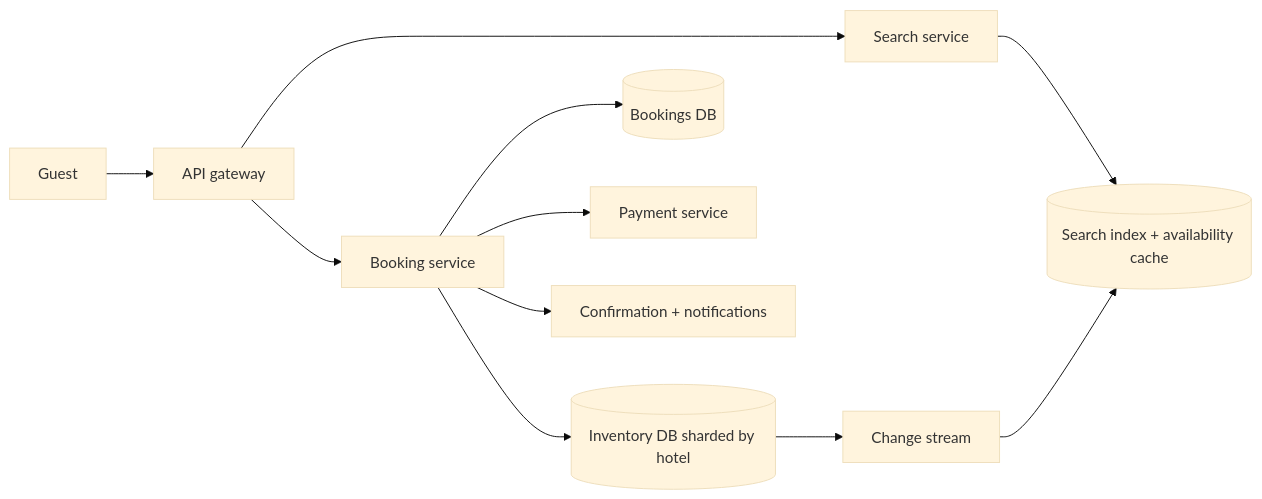
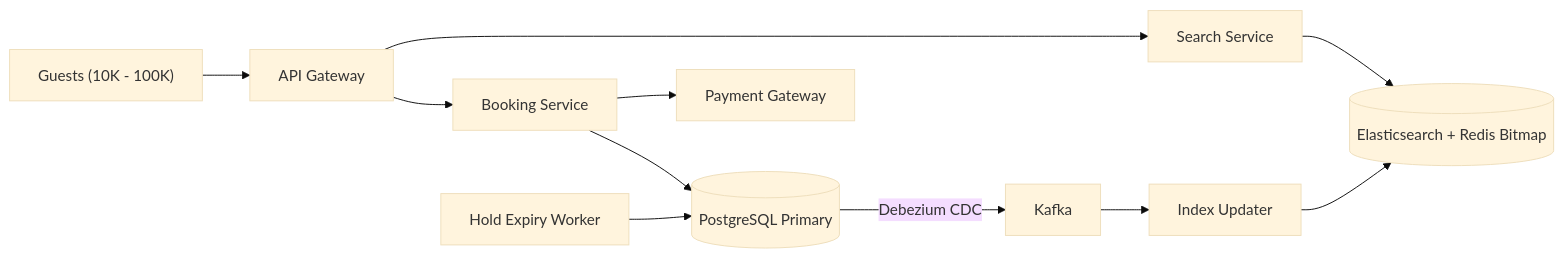
Before and after one commit to TapanKumarBarik/Backend-roadmap: the second of 5 diagrams in content/system-design/22-interview-design-problems/23-hotel-booking-system/README.md, drawn with Mermaid (base theme). The commit also changed other lines of this file and 37 other files, not shown here.

Commit message:
Upgrade Track 22 (37 interview design problems) with scale-by-scale architecture evolution

````diff
--- a/content/system-design/22-interview-design-problems/23-hotel-booking-system/README.md
+++ b/content/system-design/22-interview-design-problems/23-hotel-booking-system/README.md
@@ -107,11 +185,10 @@
 ```mermaid
 flowchart LR
-  U["Guest"] --> GW["API gateway"]
-  GW --> SS["Search service"] --> SI[("Search index + availability cache")]
-  GW --> BS["Booking service"]
-  BS --> INV[("Inventory DB sharded by hotel")]
-  BS --> BK[("Bookings DB")]
-  BS --> PAY["Payment service"]
-  INV --> CDC["Change stream"] --> SI
-  BS --> N["Confirmation + notifications"]
+  U["Guests (10K - 100K)"] --> GW["API Gateway"]
+  GW --> SS["Search Service"] --> ES[("Elasticsearch + Redis Bitmap")]
+  GW --> BS["Booking Service"]
+  BS --> DB[("PostgreSQL Primary")]
+  DB -->|"Debezium CDC"| K["Kafka"] --> SYNC["Index Updater"] --> ES
+  BS --> PAY["Payment Gateway"]
+  EXP["Hold Expiry Worker"] --> DB
 ```
````
